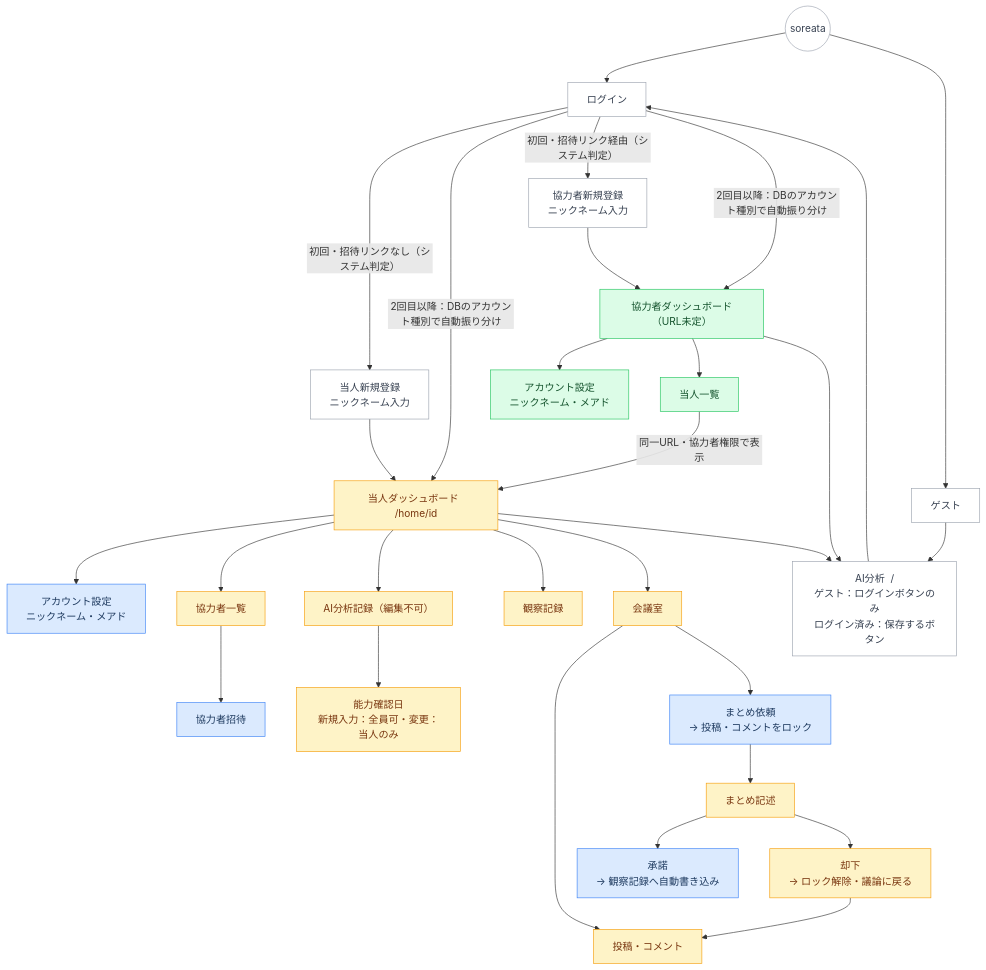
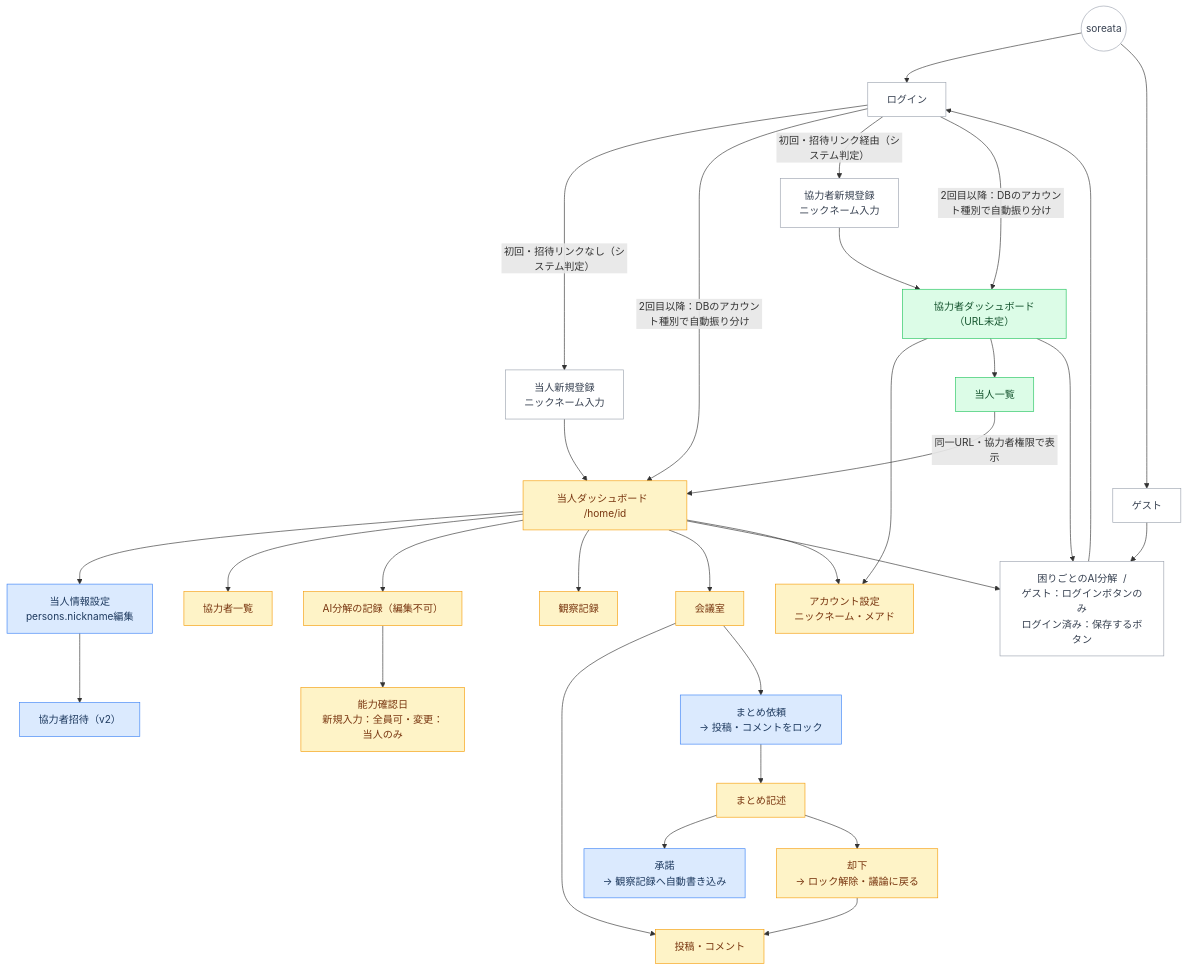
One commit to minamy-i/soreata changed the diagram in docs/screen_tree.md. Above: the diagram before and after it, drawn with Mermaid. The commit also changed other lines of this file and 9 other files, not shown here.

````diff
--- a/docs/screen_tree.md
+++ b/docs/screen_tree.md
@@ -1,50 +1,51 @@
 ```mermaid
 graph TD
     classDef all fill:#ffffff,stroke:#9ca3af,color:#374151
     classDef person fill:#dbeafe,stroke:#3b82f6,color:#1e3a5f
     classDef collab fill:#dcfce7,stroke:#22c55e,color:#14532d
     classDef shared fill:#fef3c7,stroke:#f59e0b,color:#78350f
 
     ROOT((soreata))
 
     ROOT --> LOGIN[ログイン]
     ROOT --> GEST[ゲスト]
-    GEST --> AI["AI分析  /\nゲスト：ログインボタンのみ\nログイン済み：保存するボタン"]
+    GEST --> AI["困りごとのAI分解  /\nゲスト：ログインボタンのみ\nログイン済み：保存するボタン"]
 
     AI --> LOGIN
 
     LOGIN -->|"初回・招待リンクなし（システム判定）"| TANTO_REG["当人新規登録\nニックネーム入力"]
     LOGIN -->|"2回目以降：DBのアカウント種別で自動振り分け"| T_DASH
     LOGIN -->|"初回・招待リンク経由（システム判定）"| KYORYOKU_REG["協力者新規登録\nニックネーム入力"]
 
     LOGIN -->|"2回目以降：DBのアカウント種別で自動振り分け"| K_DASH
 
     TANTO_REG --> T_DASH["当人ダッシュボード  /home/id"]
     KYORYOKU_REG --> K_DASH["協力者ダッシュボード（URL未定）"]
 
-    T_DASH --> T_ACCOUNT["アカウント設定\nニックネーム・メアド"]
+    T_DASH --> T_TANTO_INFO["当人情報設定\npersons.nickname編集"]
+    T_TANTO_INFO --> T_INVITE["協力者招待（v2）"]
     T_DASH --> T_COL["協力者一覧"]
-    T_COL --> T_INVITE["協力者招待"]
-    T_DASH --> T_AI_REC["AI分析記録（編集不可）"]
+    T_DASH --> T_AI_REC["AI分解の記録（編集不可）"]
     T_DASH --> T_OBS["観察記録"]
     T_DASH --> T_MEET["会議室"]
     T_MEET --> T_MEET_POST["投稿・コメント"]
     T_MEET --> T_MEET_REQ["まとめ依頼\n→ 投稿・コメントをロック"]
     T_MEET_REQ --> T_MEET_WRITE["まとめ記述"]
     T_MEET_WRITE --> T_MEET_APPROVE["承諾\n→ 観察記録へ自動書き込み"]
     T_MEET_WRITE --> T_MEET_REJECT["却下\n→ ロック解除・議論に戻る"]
     T_MEET_REJECT --> T_MEET_POST
     T_DASH --> AI
     T_AI_REC --> T_CONF["能力確認日\n新規入力：全員可・変更：当人のみ"]
 
-    K_DASH --> K_ACCOUNT["アカウント設定\nニックネーム・メアド"]
+    T_DASH --> ACCOUNT["アカウント設定\nニックネーム・メアド"]
+    K_DASH --> ACCOUNT
     K_DASH --> K_COL["当人一覧"]
     K_COL  --> |"同一URL・協力者権限で表示"|T_DASH
     K_DASH --> AI
 
     class ROOT,LOGIN,GEST,AI,TANTO_REG,KYORYOKU_REG all
-    class T_ACCOUNT,T_INVITE person
-    class K_DASH,K_ACCOUNT,K_COL collab
+    class T_TANTO_INFO,T_INVITE person
+    class K_DASH,K_COL collab
     class T_MEET_REQ,T_MEET_APPROVE person
-    class T_DASH,T_COL,T_AI_REC,T_OBS,T_MEET,T_CONF,T_MEET_POST,T_MEET_WRITE,T_MEET_REJECT shared
+    class T_DASH,T_COL,T_AI_REC,T_OBS,T_MEET,T_CONF,T_MEET_POST,T_MEET_WRITE,T_MEET_REJECT,ACCOUNT shared
 ```
````
